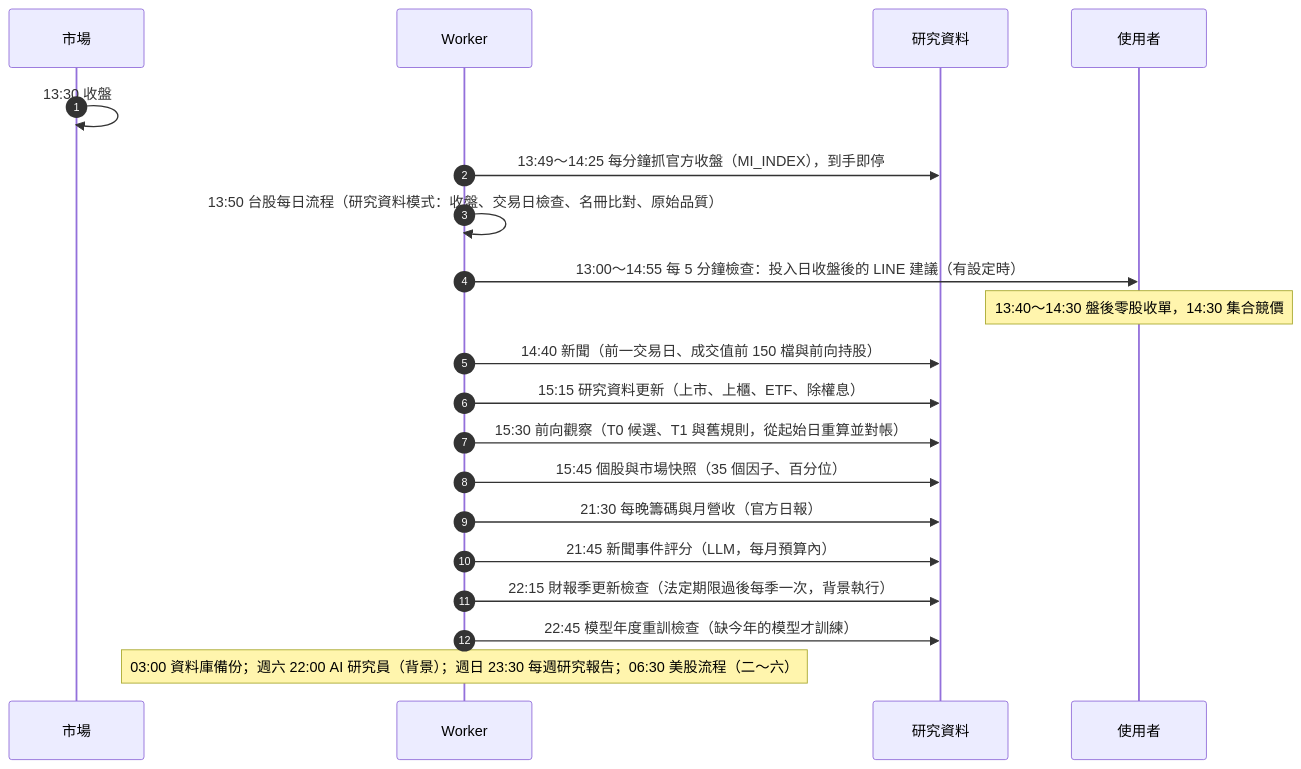
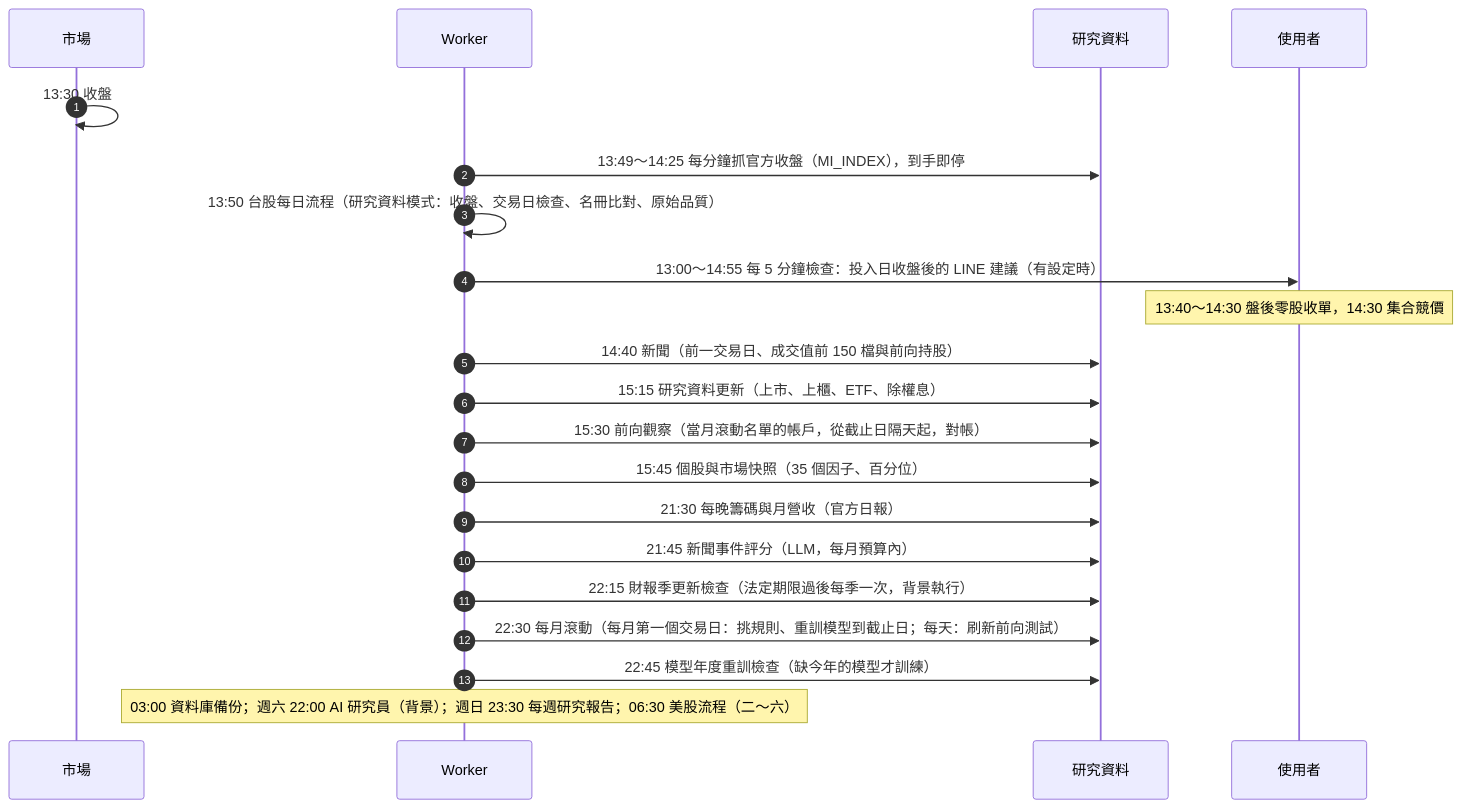
One commit to ryan73093/StockResearch changed the second of 7 diagrams in docs/system_architecture.md. Above: the diagram before and after it, drawn with Mermaid. The commit also changed other lines of this file and 15 other files, not shown here.

First line of the commit message:
Project information in the sidebar; roadmap, current work and history brought up to date

````diff
--- a/docs/system_architecture.md
+++ b/docs/system_architecture.md
@@ -94,23 +94,24 @@
 ```mermaid
 sequenceDiagram
     autonumber
     participant M as 市場
     participant W as Worker
     participant R as 研究資料
     participant U as 使用者
 
     M->>M: 13:30 收盤
     W->>R: 13:49～14:25 每分鐘抓官方收盤（MI_INDEX），到手即停
     W->>W: 13:50 台股每日流程（研究資料模式：收盤、交易日檢查、名冊比對、原始品質）
     W->>U: 13:00～14:55 每 5 分鐘檢查：投入日收盤後的 LINE 建議（有設定時）
     Note over U: 13:40～14:30 盤後零股收單，14:30 集合競價
     W->>R: 14:40 新聞（前一交易日、成交值前 150 檔與前向持股）
     W->>R: 15:15 研究資料更新（上市、上櫃、ETF、除權息）
-    W->>R: 15:30 前向觀察（T0 候選、T1 與舊規則，從起始日重算並對帳）
+    W->>R: 15:30 前向觀察（當月滾動名單的帳戶，從截止日隔天起，對帳）
     W->>R: 15:45 個股與市場快照（35 個因子、百分位）
     W->>R: 21:30 每晚籌碼與月營收（官方日報）
     W->>R: 21:45 新聞事件評分（LLM，每月預算內）
     W->>R: 22:15 財報季更新檢查（法定期限過後每季一次，背景執行）
+    W->>R: 22:30 每月滾動（每月第一個交易日：挑規則、重訓模型到截止日；每天：刷新前向測試）
     W->>R: 22:45 模型年度重訓檢查（缺今年的模型才訓練）
     Note over W: 03:00 資料庫備份；週六 22:00 AI 研究員（背景）；週日 23:30 每週研究報告；06:30 美股流程（二～六）
 ```
````
